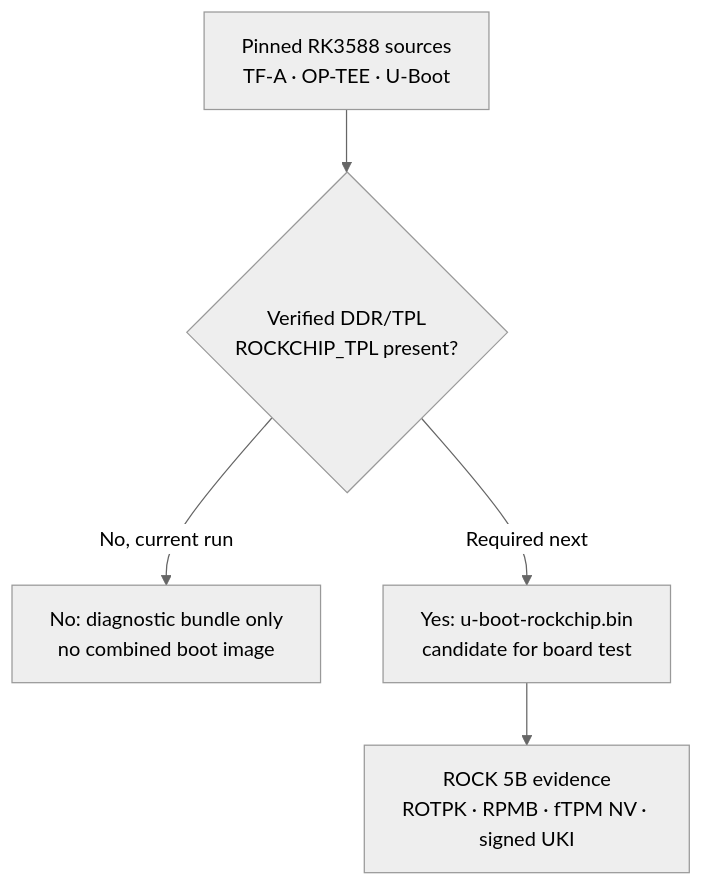
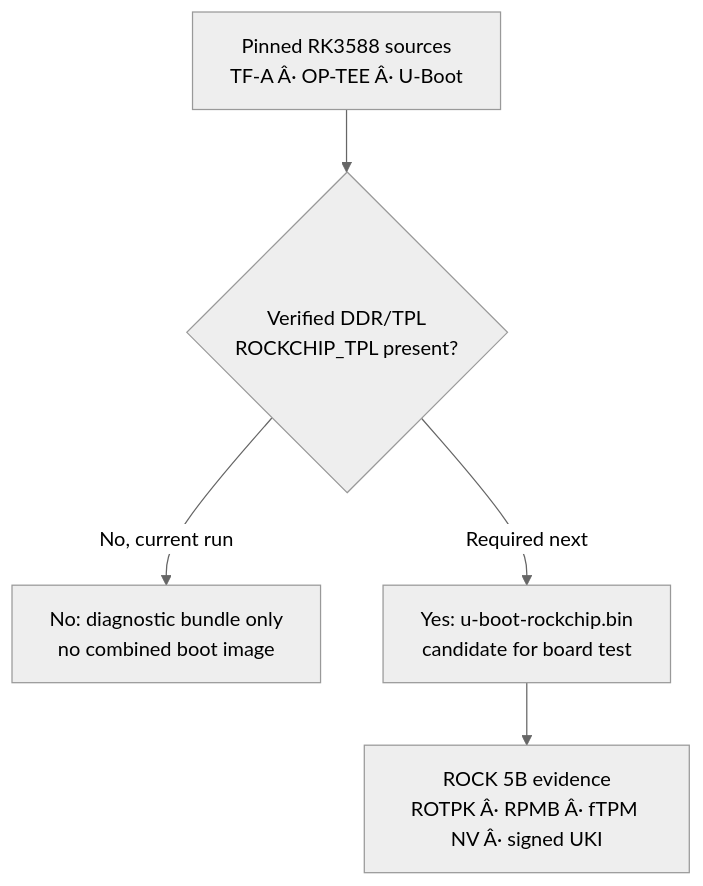
Before and after one commit to corning-croak-cable/yubiOS: the sixth of 12 diagrams in docs/ARCHITECTURE.md, drawn with Mermaid (neutral theme). The commit also changed other lines of this file and 139 other files, not shown here.

````diff
--- a/docs/ARCHITECTURE.md
+++ b/docs/ARCHITECTURE.md
@@ -190,12 +190,12 @@
 ```mermaid
 flowchart TD
-    P["Pinned RK3588 sources<br/>TF-A · OP-TEE · U-Boot"]
+    P["Pinned RK3588 sources<br/>TF-A Â· OP-TEE Â· U-Boot"]
     T{"Verified DDR/TPL<br/>ROCKCHIP_TPL present?"}
     N["No: diagnostic bundle only<br/>no combined boot image"]
     B["Yes: u-boot-rockchip.bin<br/>candidate for board test"]
-    H["ROCK 5B evidence<br/>ROTPK · RPMB · fTPM NV · signed UKI"]
+    H["ROCK 5B evidence<br/>ROTPK Â· RPMB Â· fTPM NV Â· signed UKI"]
 
     P --> T
     T -->|No, current run| N
     T -->|Required next| B --> H
 ```
````
